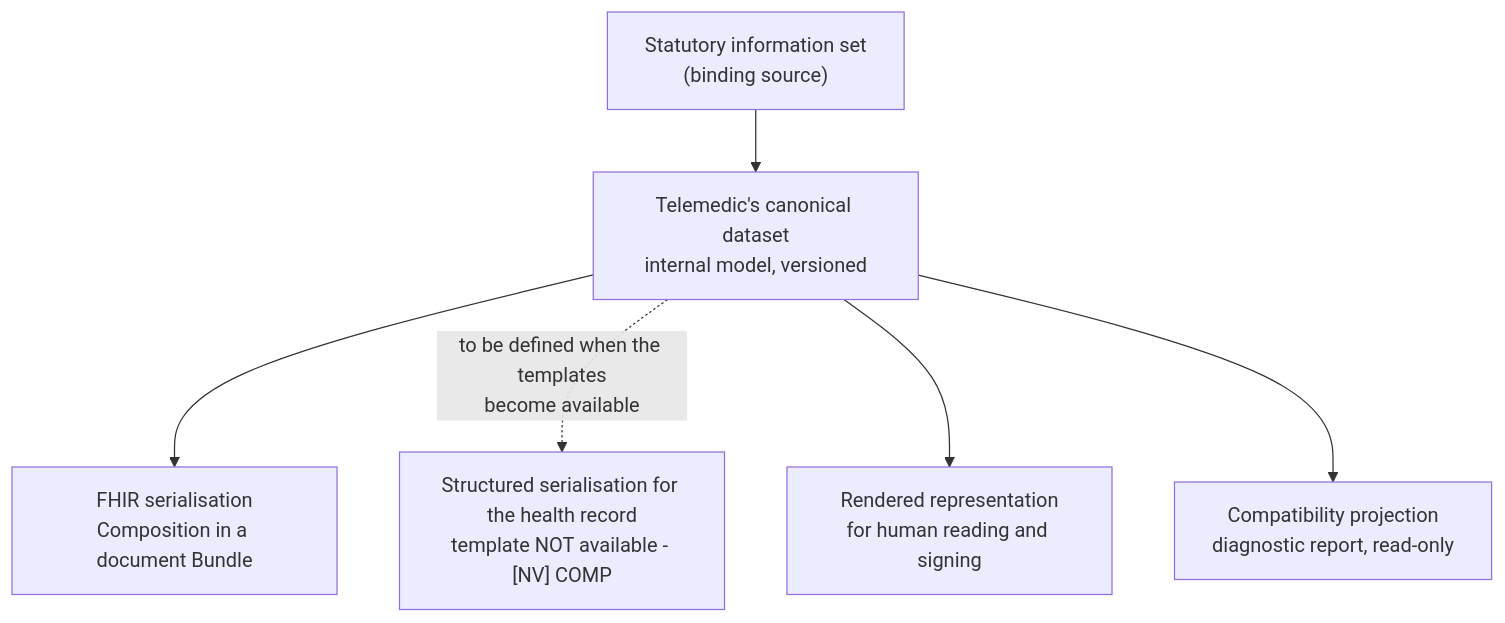
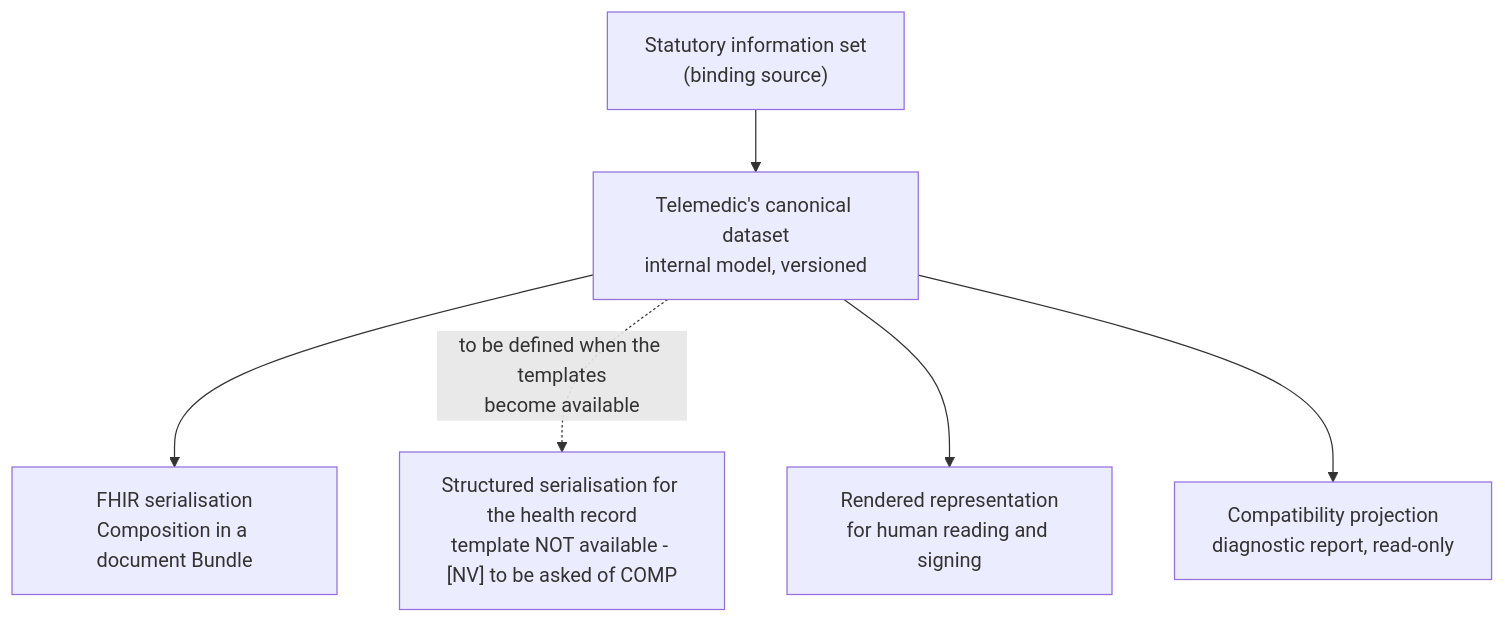
Before and after one commit to fedcal/Telemedic: the first of 2 diagrams in website/i18n/en/docusaurus-plugin-content-docs/current/04_protocols/03-documenti-clinici.md, drawn with Mermaid. The commit also changed 19 other files, not shown here.

````diff
--- a/website/i18n/en/docusaurus-plugin-content-docs/current/04_protocols/03-documenti-clinici.md
+++ b/website/i18n/en/docusaurus-plugin-content-docs/current/04_protocols/03-documenti-clinici.md
@@ -39,14 +39,14 @@
 ```mermaid
 flowchart TD
     N["Statutory information set<br/>(binding source)"]
     D["Telemedic's canonical dataset<br/>internal model, versioned"]
     S1["FHIR serialisation<br/>Composition in a document Bundle"]
-    S2["Structured serialisation for the health record<br/>template NOT available - [NV] COMP"]
+    S2["Structured serialisation for the health record<br/>template NOT available - [NV] to be asked of COMP"]
     S3["Rendered representation<br/>for human reading and signing"]
     S4["Compatibility projection<br/>diagnostic report, read-only"]
     N --> D
     D --> S1
     D -.->|"to be defined when the templates<br/>become available"| S2
     D --> S3
     D --> S4
 ```
````
